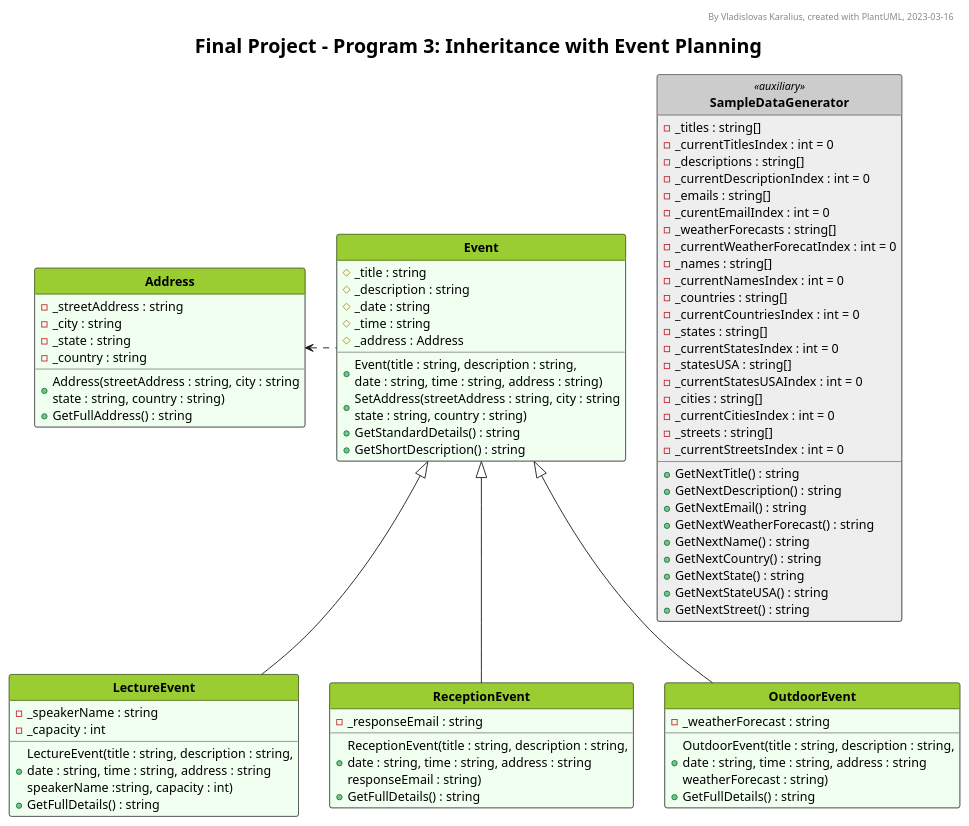
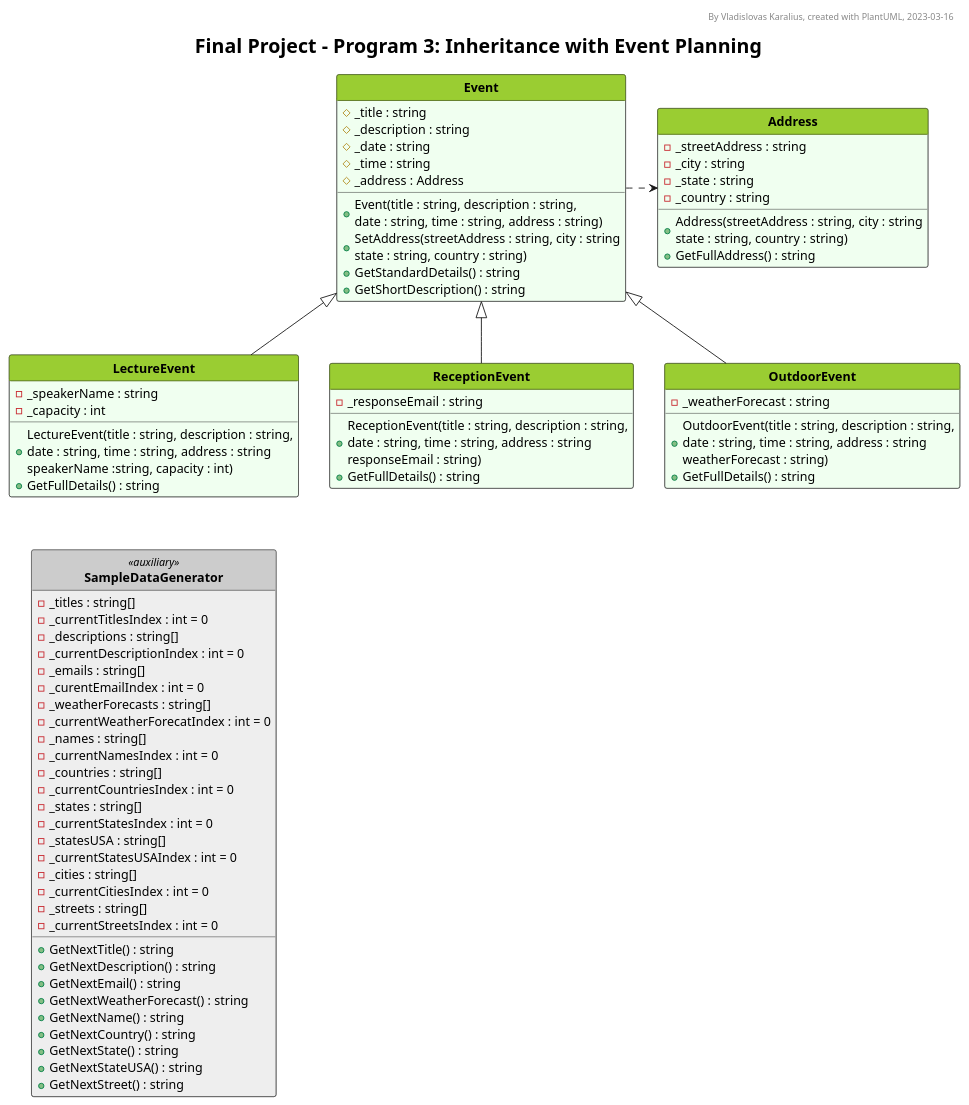
One commit to VladKaralius/cse210-projects changed the diagram in final/Foundation3/UML_diagram.pu. Above: the diagram before and after it, drawn with PlantUML.

Commit message:
Layout adjustment

```diff
--- a/final/Foundation3/UML_diagram.pu
+++ b/final/Foundation3/UML_diagram.pu
@@ -1,149 +1,149 @@
 @startuml UML_diagram
 
 '--Formatting options--
 hide circle
 hide empty members
 'skinparam classAttributeIconSize 0
 skinparam style strictuml
 'skinparam groupInheritance 2
 'skinparam linetype ortho
 'skinparam Nodesep 15
 'skinparam Ranksep 25
 'left to right direction
 
 '--Styling--
 'skinparam BackgroundColor White/LightGreen
 skinparam TitleFontSize 22
 
 <style>
 classDiagram {
   class {
     '-attributes and methods-
     'FontSize 14
     'FontColor black
     'BackgroundColor #fefece
     BackgroundColor #f0fff0
     'RoundCorner 0
     '-class name-
     header {
       'FontSize 12
       'FontColor Black
       FontStyle bold
       BackgroundColor YellowGreen
     }
 
     ' Alternative class style 1
     .gaming {
       BackgroundColor Bisque
       header {
         BackgroundColor Orange
       }
     }
 
     ' Alternative class style 2
     .auxiliary {
       BackgroundColor #eeeeee
       header {
         BackgroundColor #cccccc
       }
     }
   }
   
   note {
     BackgroundColor Yellow
   }
   legend {
     FontSize 18
   }
 </style>
 
 '--Header, title, caption--
 header By Vladislovas Karalius, created with PlantUML, 2023-03-16
 title Final Project - Program 3: Inheritance with Event Planning
 
 '--Main--
 class Event {
   # _title : string
   # _description : string
   # _date : string
   # _time : string
   # _address : Address
   + Event(title : string, description : string,\ndate : string, time : string, address : string)
   + SetAddress(streetAddress : string, city : string\nstate : string, country : string)
   + GetStandardDetails() : string
   + GetShortDescription() : string
 }
 
 class Address {
   - _streetAddress : string
   - _city : string
   - _state : string
   - _country : string
   + Address(streetAddress : string, city : string\nstate : string, country : string)
   + GetFullAddress() : string
 }
 
 class LectureEvent extends Event {
 - _speakerName : string
 - _capacity : int
 + LectureEvent(title : string, description : string,\ndate : string, time : string, address : string\nspeakerName :string, capacity : int)
 + GetFullDetails() : string
 }
 
 class ReceptionEvent extends Event {
 - _responseEmail : string
 + ReceptionEvent(title : string, description : string,\ndate : string, time : string, address : string\nresponseEmail : string)
 + GetFullDetails() : string
 }
 
 class OutdoorEvent extends Event {
 - _weatherForecast : string
 + OutdoorEvent(title : string, description : string,\ndate : string, time : string, address : string\nweatherForecast : string)
 + GetFullDetails() : string
 }
 
 class SampleDataGenerator <<auxiliary>> {
   - _titles : string[]
   - _currentTitlesIndex : int = 0
   - _descriptions : string[]
   - _currentDescriptionIndex : int = 0
   - _emails : string[]
   - _curentEmailIndex : int = 0
   - _weatherForecasts : string[]
   - _currentWeatherForecatIndex : int = 0
   - _names : string[]
   - _currentNamesIndex : int = 0
   - _countries : string[]
   - _currentCountriesIndex : int = 0
   - _states : string[]
   - _currentStatesIndex : int = 0
   - _statesUSA : string[]
   - _currentStatesUSAIndex : int = 0
   - _cities : string[]
   - _currentCitiesIndex : int = 0
   - _streets : string[]
   - _currentStreetsIndex : int = 0
   + GetNextTitle() : string
   + GetNextDescription() : string
   + GetNextEmail() : string
   + GetNextWeatherForecast() : string
   + GetNextName() : string
   + GetNextCountry() : string
   + GetNextState() : string
   + GetNextStateUSA() : string
   + GetNextStreet() : string
 }
 
-Event .l> Address
+Event .> Address
 
-Event .[hidden] SampleDataGenerator
+LectureEvent .[hidden]. SampleDataGenerator
 
 
 '--Description--
 ' legend bottom
 ' <size:22>__**Core Requirements**__
 ' The program has one base class **Activity**. This class contains the attributes and methods
 ' that are common to all activities. Certain functions are put into separate classes as follows:
 ' endlegend
 
 @enduml
```
